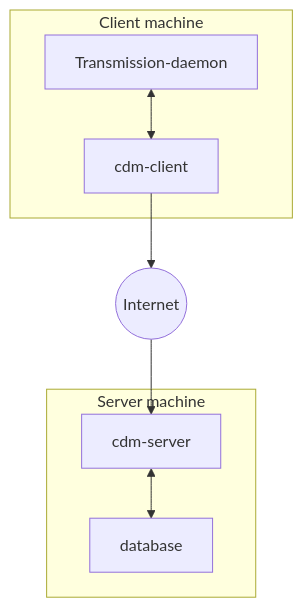
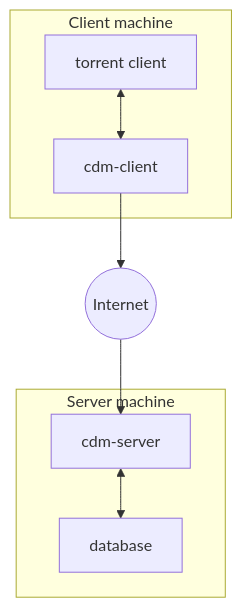
Before and after one commit to radaron/CDMServer: the second of 4 diagrams in README.md, drawn with Mermaid. The commit also changed other lines of this file, not shown here.

Commit message:
Update README with other supported torrent client

````diff
--- a/README.md
+++ b/README.md
@@ -23,19 +23,19 @@
 ```mermaid
 graph TD
 	subgraph "Client machine"
-		A[Transmission-daemon]
+		A[torrent client]
 		B[cdm-client]
 		A <--> B
 	end
 
 	subgraph "Server machine"
 		C[cdm-server]
 		D[database]
 		C <--> D
 	end
 
 	E((Internet))
 
 	B --> E
 	E --> C
 ```
````
